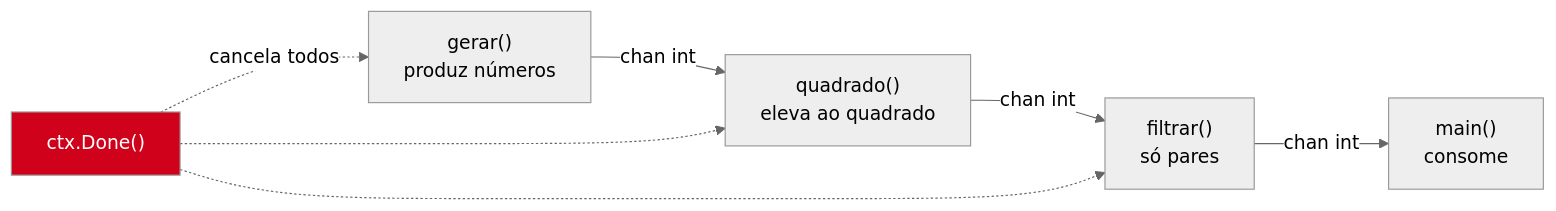
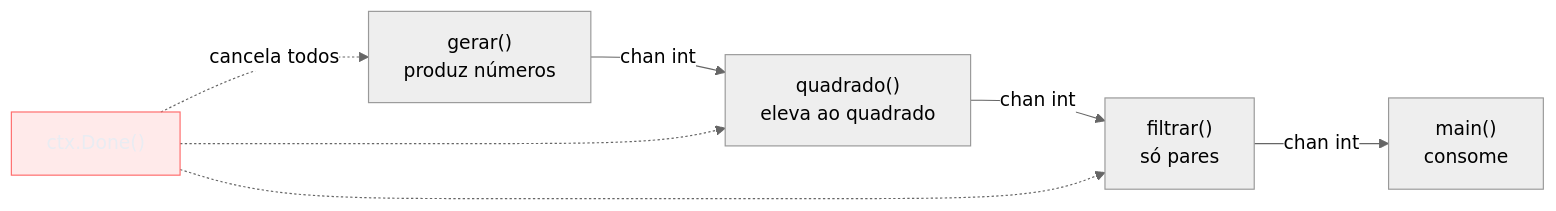
Before and after one commit to josenaldo/codex-technomanticus: the third of 3 diagrams in 03-Dominios/Tecnologia/Go/09 - Sincronização e context/08 - Padrões de concorrência idiomáticos.md, drawn with Mermaid (neutral theme). The commit also changed other lines of this file and 1181 other files, not shown here.

First line of the commit message:
fix(diagramas): paleta do sistema no lugar de cor cravada no markdown

````diff
--- a/03-Dominios/Tecnologia/Go/09 - Sincronização e context/08 - Padrões de concorrência idiomáticos.md
+++ b/03-Dominios/Tecnologia/Go/09 - Sincronização e context/08 - Padrões de concorrência idiomáticos.md
@@ -190,12 +194,13 @@
 ```mermaid
 flowchart LR
+    classDef falha fill:#FF6B6B24,stroke:#FF6B6B,color:#E9ECF2
     Gen["gerar()\nproduz números"] -->|chan int| Sq["quadrado()\neleva ao quadrado"]
     Sq -->|chan int| Filter["filtrar()\nsó pares"]
     Filter -->|chan int| Main["main()\nconsome"]
 
     Ctx["ctx.Done()"] -.->|cancela todos| Gen
     Ctx -.-> Sq
     Ctx -.-> Filter
 
-    style Ctx fill:#D0021B,color:#fff
+    class Ctx falha
 ```
````
